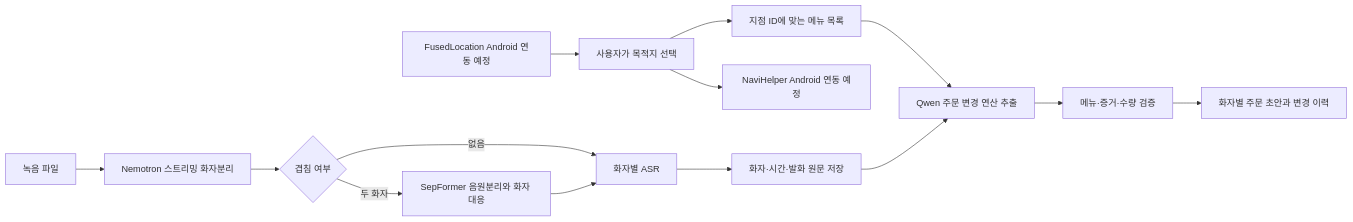
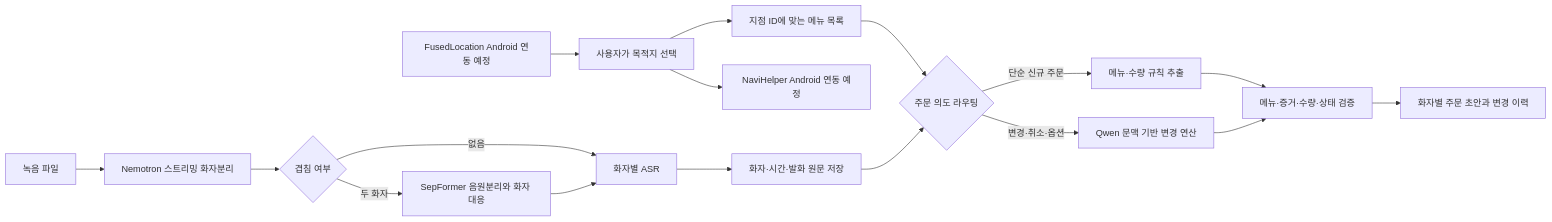
One commit to ssonniee/hyundai-moaorder changed the diagram in README.md. Above: the diagram before and after it, drawn with Mermaid. The commit also changed other lines of this file and 10 other files, not shown here.

````diff
--- a/README.md
+++ b/README.md
@@ -56,16 +56,19 @@
 ```mermaid
 flowchart LR
   A[사용자가 목적지 선택] --> B[지점 ID에 맞는 메뉴 목록]
   A --> N[NaviHelper Android 연동 예정]
   L[FusedLocation Android 연동 예정] --> A
   W[녹음 파일] --> D[Nemotron 스트리밍 화자분리]
   D --> S{겹침 여부}
   S -->|없음| R[화자별 ASR]
   S -->|두 화자| P[SepFormer 음원분리와 화자 대응]
   P --> R
   R --> T[화자·시간·발화 원문 저장]
-  B --> Q[Qwen 주문 변경 연산 추출]
-  T --> Q
-  Q --> V[메뉴·증거·수량 검증]
+  B --> H{주문 의도 라우팅}
+  T --> H
+  H -->|단순 신규 주문| E[메뉴·수량 규칙 추출]
+  H -->|변경·취소·옵션| Q[Qwen 문맥 기반 변경 연산]
+  E --> V[메뉴·증거·수량·상태 검증]
+  Q --> V
   V --> O[화자별 주문 초안과 변경 이력]
 ```
````
